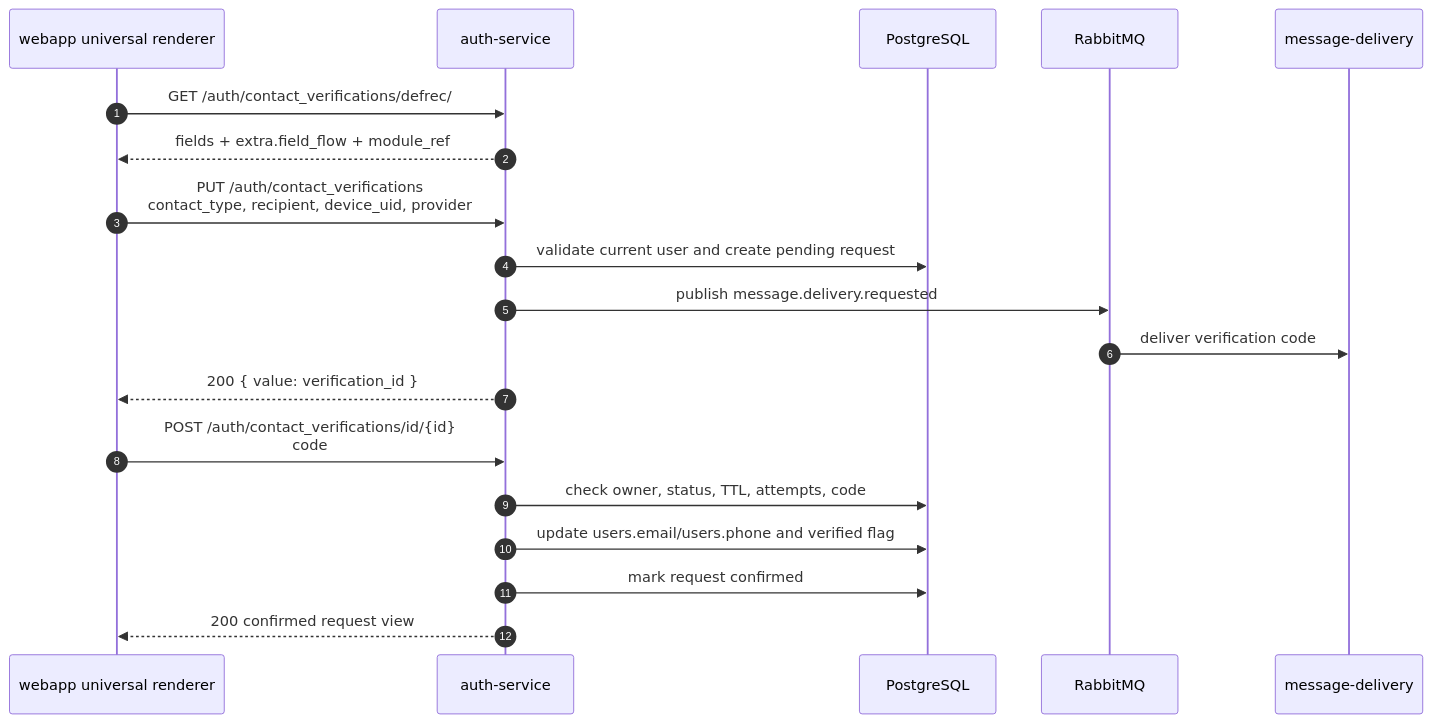
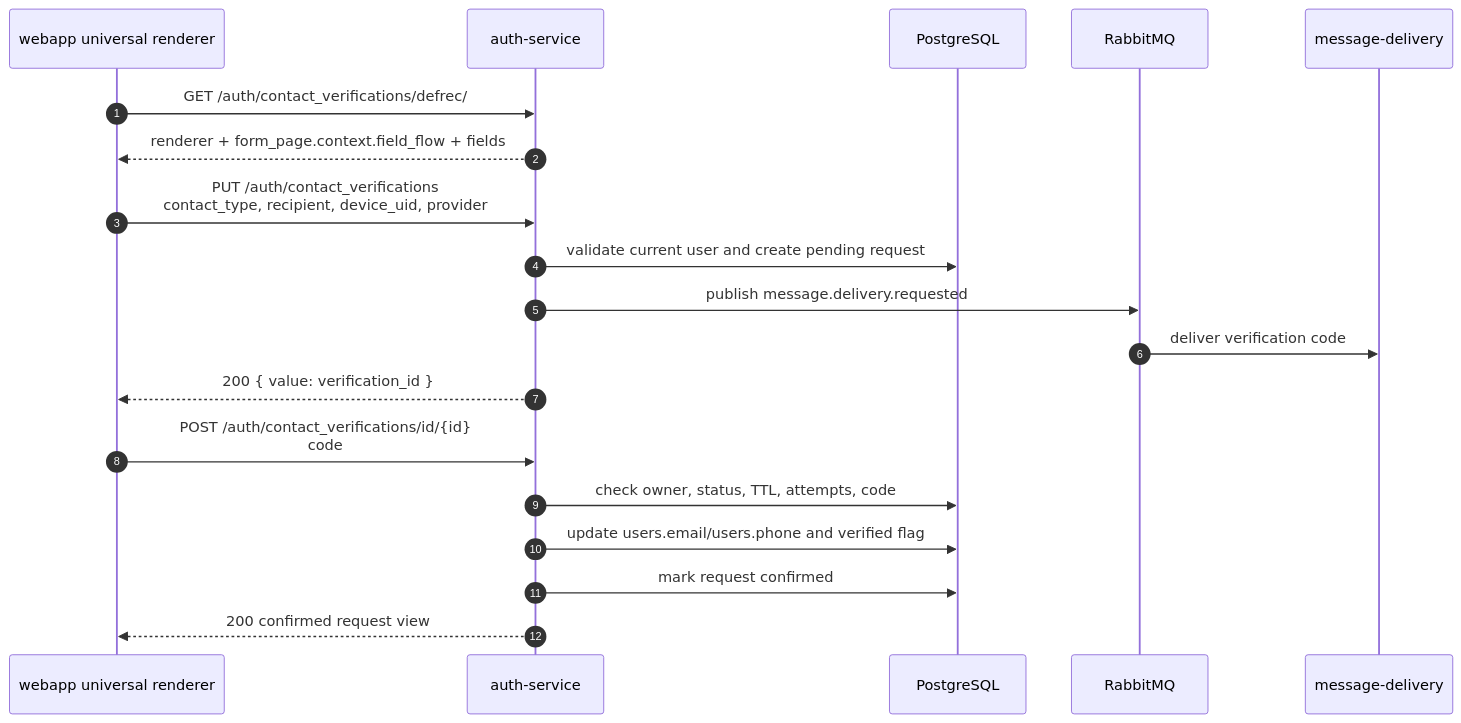
One commit to darkrain/auth-service changed the second of 2 diagrams in README.md. Above: the diagram before and after it, drawn with Mermaid. The commit also changed other lines of this file and 4 other files, not shown here.

````diff
--- a/README.md
+++ b/README.md
@@ -165,22 +165,22 @@
 ```mermaid
 sequenceDiagram
     autonumber
     participant W as webapp universal renderer
     participant A as auth-service
     participant DB as PostgreSQL
     participant MQ as RabbitMQ
     participant D as message-delivery
 
     W->>A: GET /auth/contact_verifications/defrec/
-    A-->>W: fields + extra.field_flow + module_ref
+    A-->>W: renderer + form_page.context.field_flow + fields
     W->>A: PUT /auth/contact_verifications<br/>contact_type, recipient, device_uid, provider
     A->>DB: validate current user and create pending request
     A->>MQ: publish message.delivery.requested
     MQ->>D: deliver verification code
     A-->>W: 200 { value: verification_id }
     W->>A: POST /auth/contact_verifications/id/{id}<br/>code
     A->>DB: check owner, status, TTL, attempts, code
     A->>DB: update users.email/users.phone and verified flag
     A->>DB: mark request confirmed
     A-->>W: 200 confirmed request view
 ```
````
